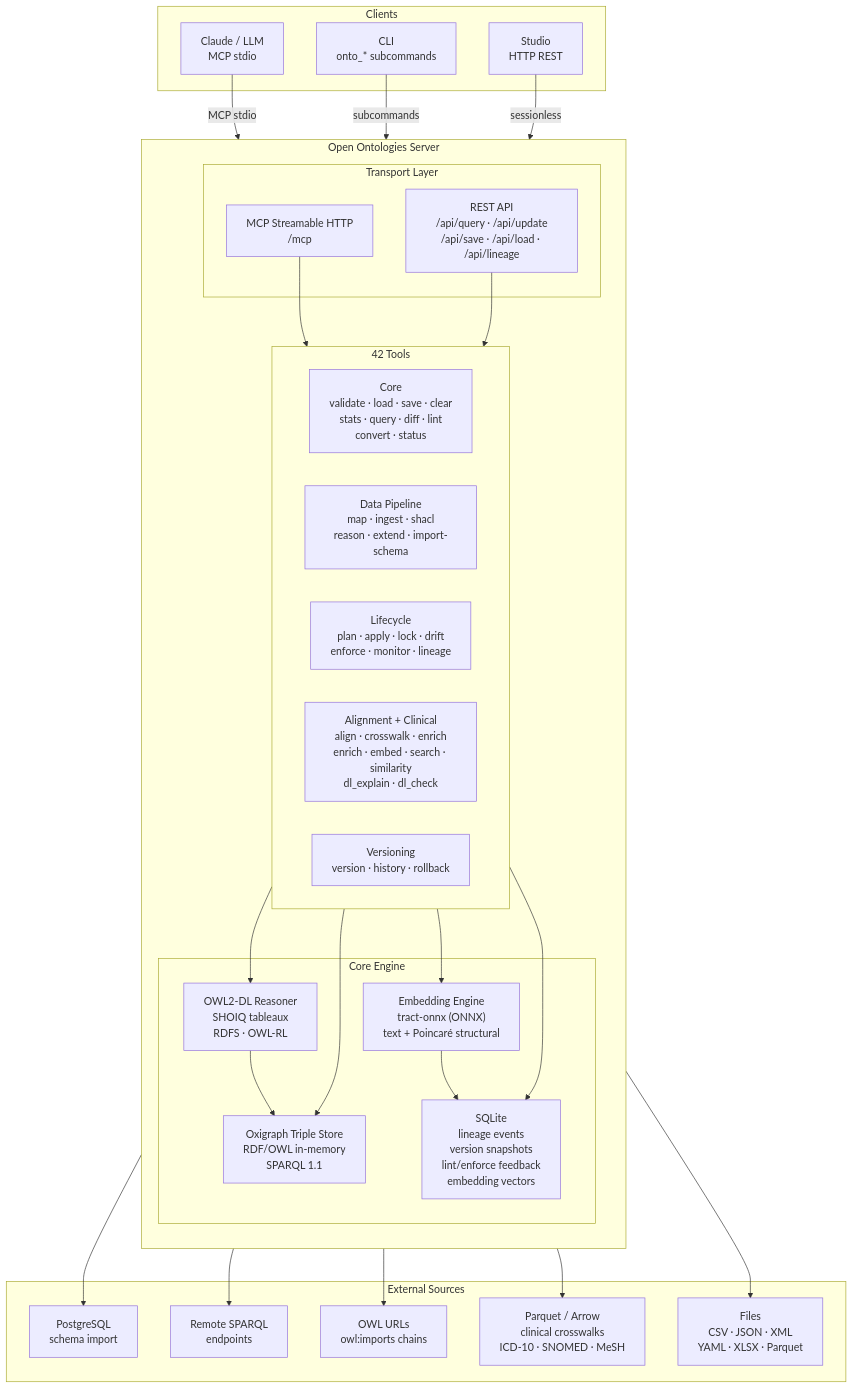
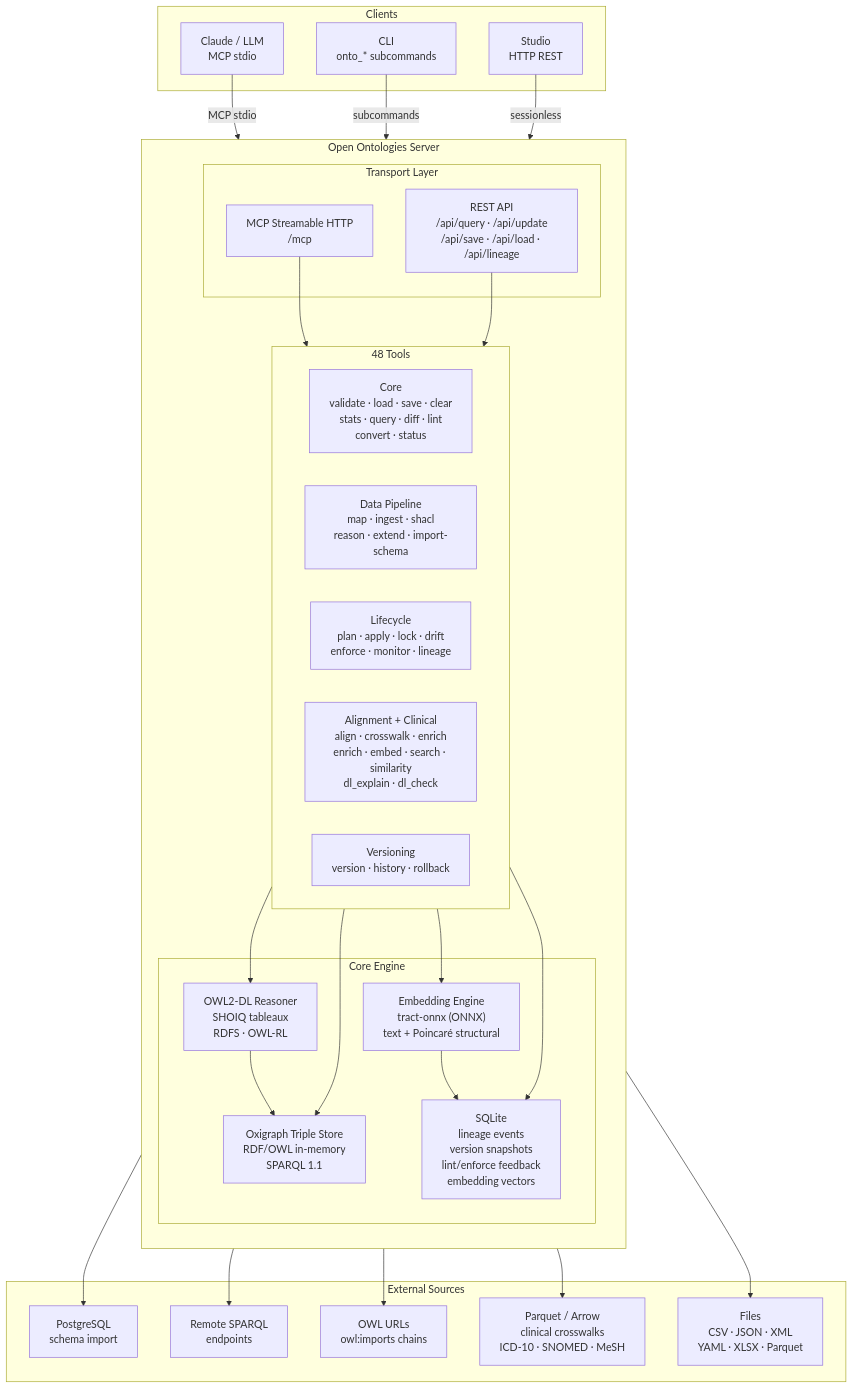
Before and after one commit to fabio-rovai/open-ontologies: the first of 2 diagrams in README.md, drawn with Mermaid. The commit also changed other lines of this file and 2 other files, not shown here.

First line of the commit message:
improve: resolve owl:imports in benchmark, update tool count to 48

````diff
--- a/README.md
+++ b/README.md
@@ -320,62 +320,62 @@
 ```mermaid
 flowchart TD
     subgraph Clients["Clients"]
         Claude["Claude / LLM\nMCP stdio"]
         CLI["CLI\nonto_* subcommands"]
         Studio["Studio\nHTTP REST"]
     end
 
     subgraph Server["Open Ontologies Server"]
         direction TB
 
         subgraph Transport["Transport Layer"]
             MCP_HTTP["MCP Streamable HTTP\n/mcp"]
             REST["REST API\n/api/query · /api/update\n/api/save · /api/load · /api/lineage"]
         end
 
-        subgraph ToolGroups["42 Tools"]
+        subgraph ToolGroups["48 Tools"]
             direction LR
             Core["Core\nvalidate · load · save · clear\nstats · query · diff · lint\nconvert · status"]
             DataPipe["Data Pipeline\nmap · ingest · shacl\nreason · extend · import-schema"]
             Lifecycle["Lifecycle\nplan · apply · lock · drift\nenforce · monitor · lineage"]
             Advanced["Alignment + Clinical\nalign · crosswalk · enrich\nenrich · embed · search · similarity\ndl_explain · dl_check"]
             Version["Versioning\nversion · history · rollback"]
         end
 
         subgraph Core2["Core Engine"]
             GraphStore["Oxigraph Triple Store\nRDF/OWL in-memory\nSPARQL 1.1"]
             SQLite["SQLite\nlineage events\nversion snapshots\nlint/enforce feedback\nembedding vectors"]
             Reasoner["OWL2-DL Reasoner\nSHOIQ tableaux\nRDFS · OWL-RL"]
             Embedder["Embedding Engine\ntract-onnx (ONNX)\ntext + Poincaré structural"]
         end
     end
 
     subgraph External["External Sources"]
         PG["PostgreSQL\nschema import"]
         SPARQL["Remote SPARQL\nendpoints"]
         OWL["OWL URLs\nowl:imports chains"]
         Parquet["Parquet / Arrow\nclinical crosswalks\nICD-10 · SNOMED · MeSH"]
         Files["Files\nCSV · JSON · XML\nYAML · XLSX · Parquet"]
     end
 
     Claude -->|"MCP stdio"| MCP_HTTP
     CLI -->|"subcommands"| MCP_HTTP
     Studio -->|"sessionless"| REST
 
     MCP_HTTP --> ToolGroups
     REST --> ToolGroups
 
     ToolGroups --> GraphStore
     ToolGroups --> SQLite
     ToolGroups --> Reasoner
     ToolGroups --> Embedder
 
     Reasoner --> GraphStore
     Embedder --> SQLite
 
     DataPipe --> Files
     Advanced --> Parquet
     Core --> OWL
     Core --> SPARQL
     DataPipe --> PG
 ```
````
